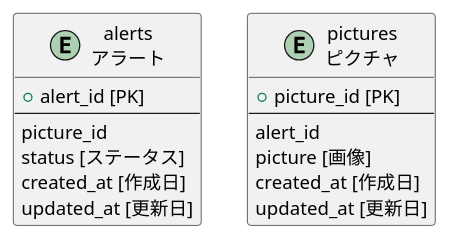
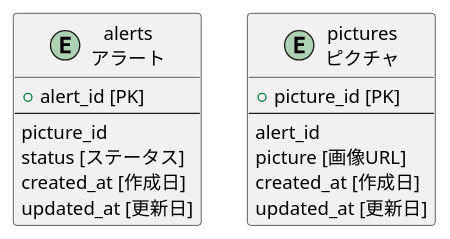
Before and after one commit to kagami-tsukimura/tracking-yolov8: the diagram in plantuml/tables.pu, drawn with PlantUML.

Commit message:
change: uml picture url

```diff
--- a/plantuml/tables.pu
+++ b/plantuml/tables.pu
@@ -1,22 +1,22 @@
 @startuml tables
 
 entity alerts as "alerts\nアラート" {
   + alert_id [PK]
   --
   picture_id
   status [ステータス]
   created_at [作成日]
   updated_at [更新日]
 }
 
 entity pictures as "pictures\nピクチャ" {
   + picture_id [PK]
   --
   alert_id
-  picture [画像]
+  picture [画像URL]
   created_at [作成日]
   updated_at [更新日]
 }
 
 
 @enduml
```
